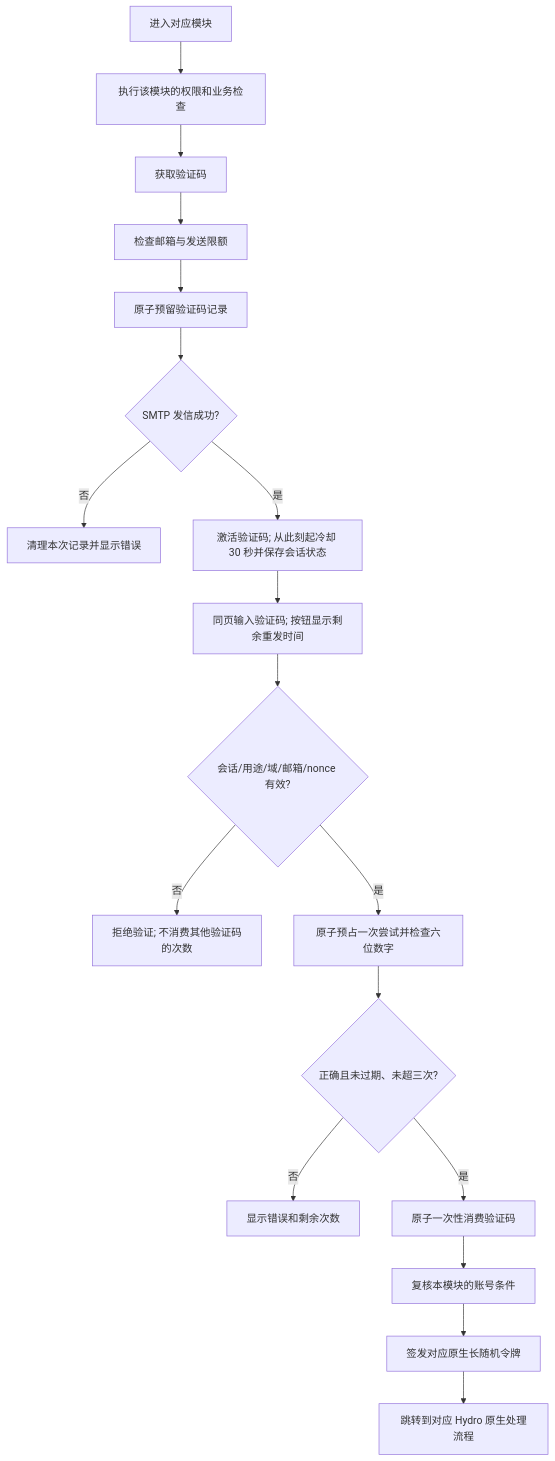
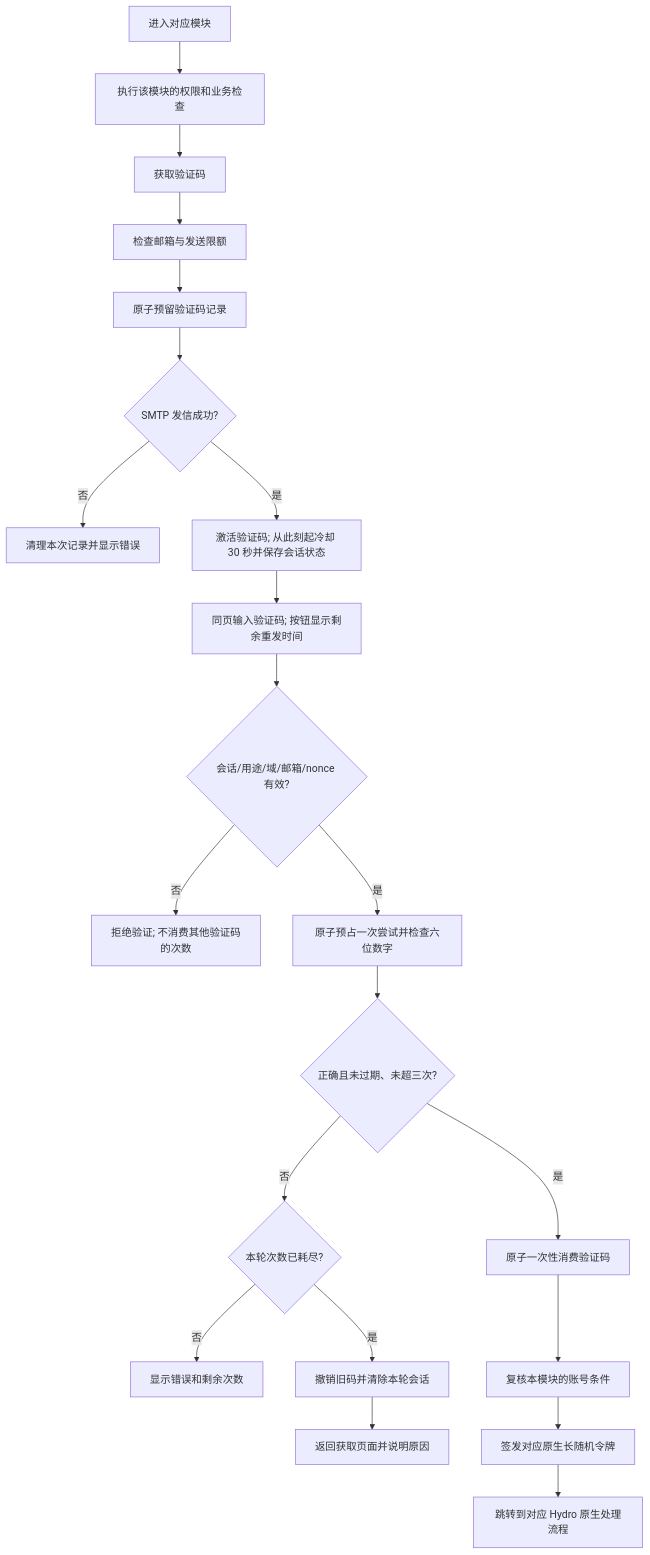
Before and after one commit to HuParry/hydrooj-verification: the diagram in FLOW.md, drawn with Mermaid. The commit also changed other lines of this file and 12 other files, not shown here.

````diff
--- a/FLOW.md
+++ b/FLOW.md
@@ -24,20 +24,23 @@
 ```mermaid
 flowchart TD
   A[进入对应模块] --> B[执行该模块的权限和业务检查]
   B --> C[获取验证码]
   C --> D[检查邮箱与发送限额]
   D --> E[原子预留验证码记录]
   E --> F{SMTP 发信成功?}
   F -- 否 --> G[清理本次记录并显示错误]
   F -- 是 --> H[激活验证码; 从此刻起冷却 30 秒并保存会话状态]
   H --> I[同页输入验证码; 按钮显示剩余重发时间]
   I --> J{会话/用途/域/邮箱/nonce 有效?}
   J -- 否 --> K[拒绝验证; 不消费其他验证码的次数]
   J -- 是 --> L[原子预占一次尝试并检查六位数字]
   L --> M{正确且未过期、未超三次?}
-  M -- 否 --> N[显示错误和剩余次数]
+  M -- 否 --> N{本轮次数已耗尽?}
+  N -- 否 --> S[显示错误和剩余次数]
+  N -- 是 --> T[撤销旧码并清除本轮会话]
+  T --> U[返回获取页面并说明原因]
   M -- 是 --> O[原子一次性消费验证码]
   O --> P[复核本模块的账号条件]
   P --> Q[签发对应原生长随机令牌]
   Q --> R[跳转到对应 Hydro 原生处理流程]
 ```
````
